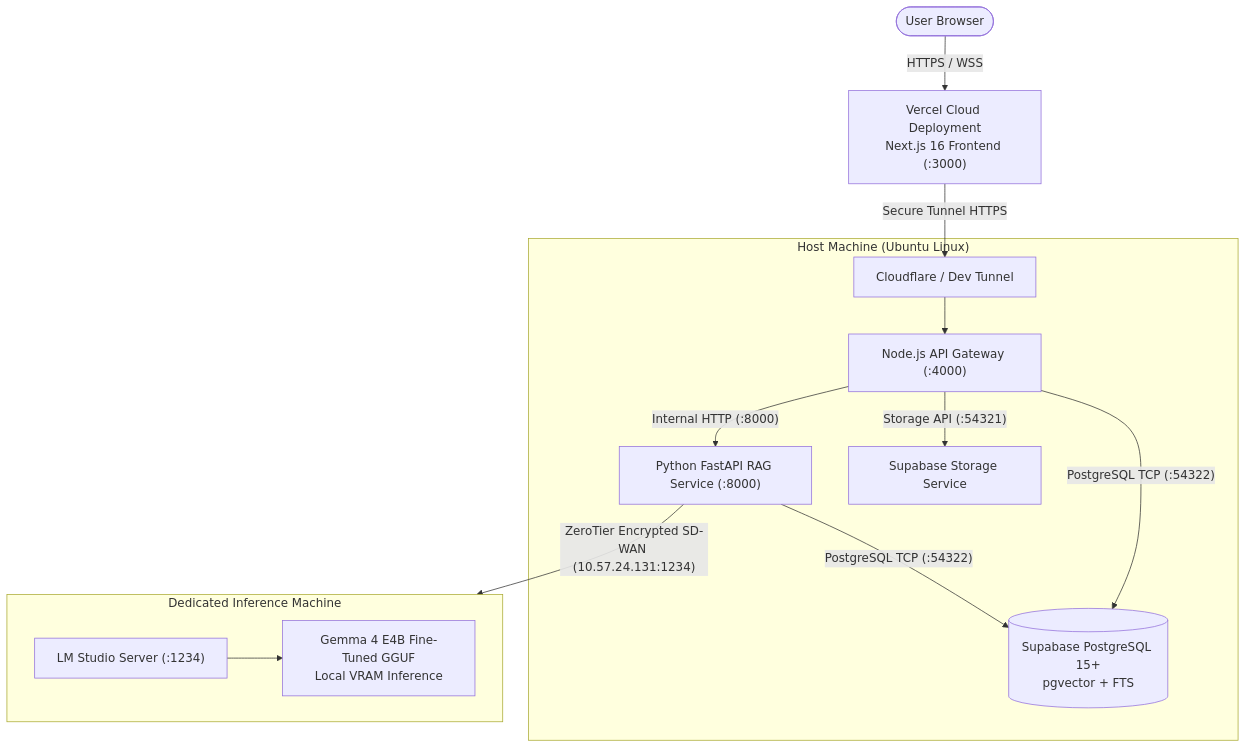
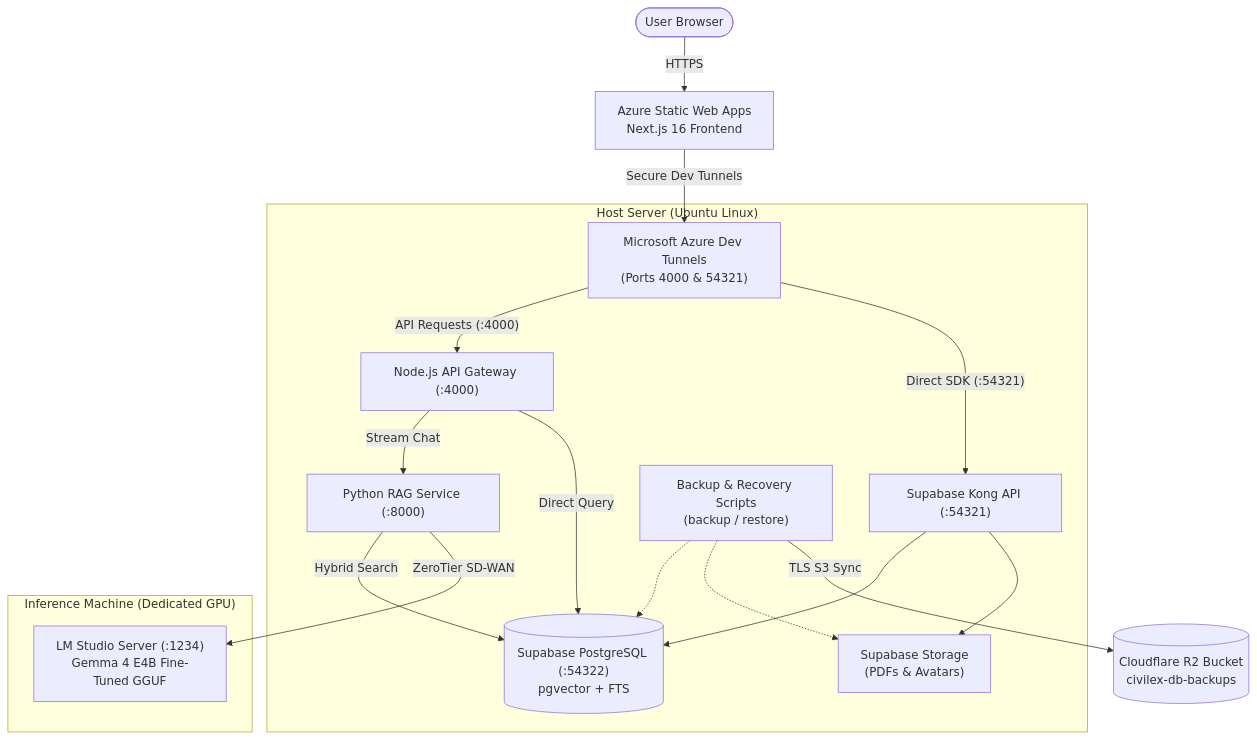
Before and after one commit to rencelibrando/civilex-thesis: the first of 4 diagrams in frontend/docs/ARCHITECTURE.md, drawn with Mermaid. The commit also changed other lines of this file and 6 other files, not shown here.

First line of the commit message:
docs: update architecture topology, disaster recovery pipeline, and validator guide

````diff
--- a/frontend/docs/ARCHITECTURE.md
+++ b/frontend/docs/ARCHITECTURE.md
@@ -35,19 +37,29 @@
 ```mermaid
 flowchart TD
-    User(["User Browser"]) -->|"HTTPS / WSS"| Vercel["Vercel Cloud Deployment<br/>Next.js 16 Frontend (:3000)"]
-    Vercel -->|"Secure Tunnel HTTPS"| Tunnel["Cloudflare / Dev Tunnel"]
+    User(["User Browser"]) -->|"HTTPS"| AzureSWA["Azure Static Web Apps<br/>Next.js 16 Frontend"]
     
-    subgraph HostServer ["Host Machine (Ubuntu Linux)"]
-        Tunnel --> NodeGW["Node.js API Gateway (:4000)"]
-        NodeGW -->|"Internal HTTP (:8000)"| PyRAG["Python FastAPI RAG Service (:8000)"]
-        NodeGW -->|"PostgreSQL TCP (:54322)"| SupaDB[("Supabase PostgreSQL 15+<br/>pgvector + FTS")]
-        PyRAG -->|"PostgreSQL TCP (:54322)"| SupaDB
-        NodeGW -->|"Storage API (:54321)"| SupaStore["Supabase Storage Service"]
+    AzureSWA -->|"Secure Dev Tunnels"| DevTunnel["Microsoft Azure Dev Tunnels<br/>(Ports 4000 & 54321)"]
+
+    subgraph HostServer ["Host Server (Ubuntu Linux)"]
+        DevTunnel -->|"API Requests (:4000)"| NodeGW["Node.js API Gateway (:4000)"]
+        DevTunnel -->|"Direct SDK (:54321)"| SupaServices["Supabase Kong API (:54321)"]
+
+        NodeGW -->|"Stream Chat"| PyRAG["Python RAG Service (:8000)"]
+        NodeGW -->|"Direct Query"| SupaDB[("Supabase PostgreSQL (:54322)<br/>pgvector + FTS")]
+        
+        SupaServices --> SupaDB
+        SupaServices --> SupaStore["Supabase Storage<br/>(PDFs & Avatars)"]
+
+        PyRAG -->|"Hybrid Search"| SupaDB
+
+        Backup["Backup & Recovery Scripts<br/>(backup / restore)"] -.-> SupaDB
+        Backup -.-> SupaStore
     end
-    
-    PyRAG -->|"ZeroTier Encrypted SD-WAN (10.57.24.131:1234)"| LLMHost
-    
-    subgraph LLMHost ["Dedicated Inference Machine"]
-        LLMServer["LM Studio Server (:1234)"] --> GPU["Gemma 4 E4B Fine-Tuned GGUF<br/>Local VRAM Inference"]
+
+    subgraph InferenceHost ["Inference Machine (Dedicated GPU)"]
+        LMStudio["LM Studio Server (:1234)<br/>Gemma 4 E4B Fine-Tuned GGUF"]
     end
+
+    PyRAG -->|"ZeroTier SD-WAN"| LMStudio
+    Backup -->|"TLS S3 Sync"| CloudflareR2[("Cloudflare R2 Bucket<br/>civilex-db-backups")]
 ```
````
